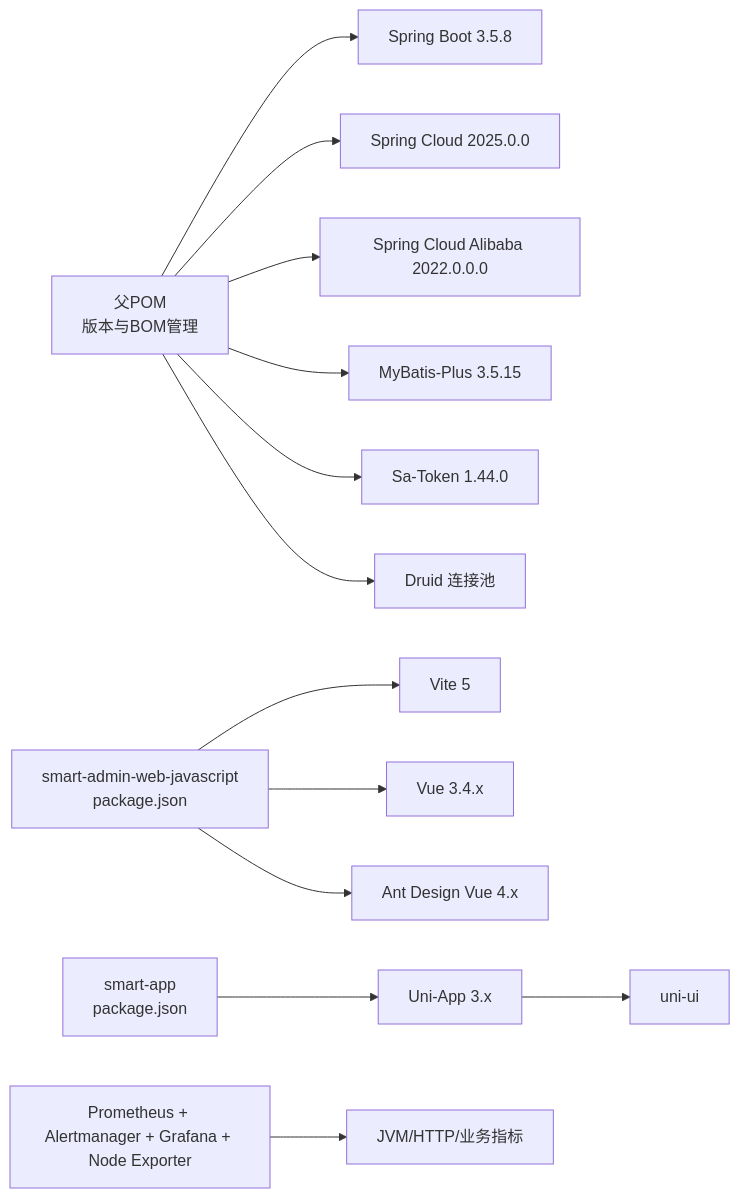
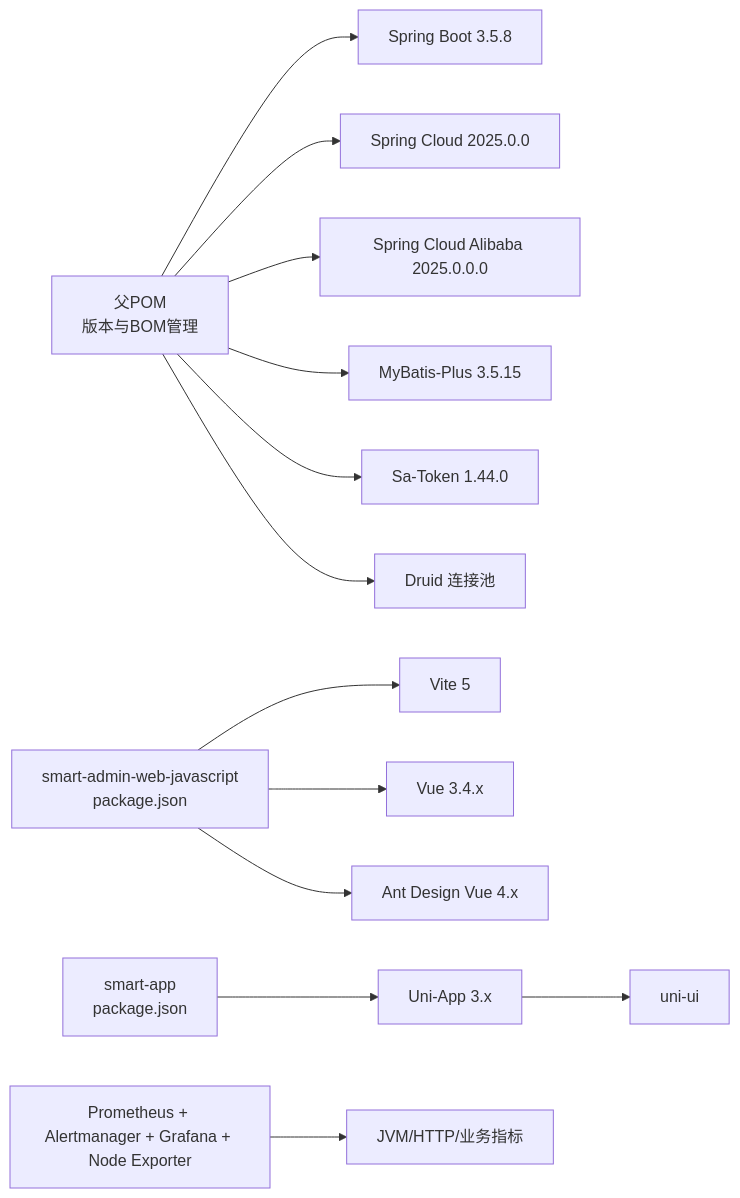
Before and after one commit to wilson323/IOE-DREAMfornew: the sixth of 6 diagrams in .qoder/repowiki/zh/content/技术栈与依赖.md, drawn with Mermaid. The commit also changed other lines of this file and 324 other files, not shown here.

````diff
--- a/.qoder/repowiki/zh/content/技术栈与依赖.md
+++ b/.qoder/repowiki/zh/content/技术栈与依赖.md
@@ -371,15 +373,15 @@
 ```mermaid
 graph LR
 POM["父POM<br/>版本与BOM管理"] --> SB["Spring Boot 3.5.8"]
 POM --> SC["Spring Cloud 2025.0.0"]
-POM --> SCA["Spring Cloud Alibaba 2022.0.0.0"]
+POM --> SCA["Spring Cloud Alibaba 2025.0.0.0"]
 POM --> MB["MyBatis-Plus 3.5.15"]
 POM --> ST["Sa-Token 1.44.0"]
 POM --> DR["Druid 连接池"]
 FE1["smart-admin-web-javascript<br/>package.json"] --> VITE["Vite 5"]
 FE1 --> VUE["Vue 3.4.x"]
 FE1 --> AD["Ant Design Vue 4.x"]
 FE2["smart-app<br/>package.json"] --> UNI["Uni-App 3.x"]
 UNI --> UI["uni-ui"]
 MON["Prometheus + Alertmanager + Grafana + Node Exporter"] --> METRICS["JVM/HTTP/业务指标"]
 ```
````
